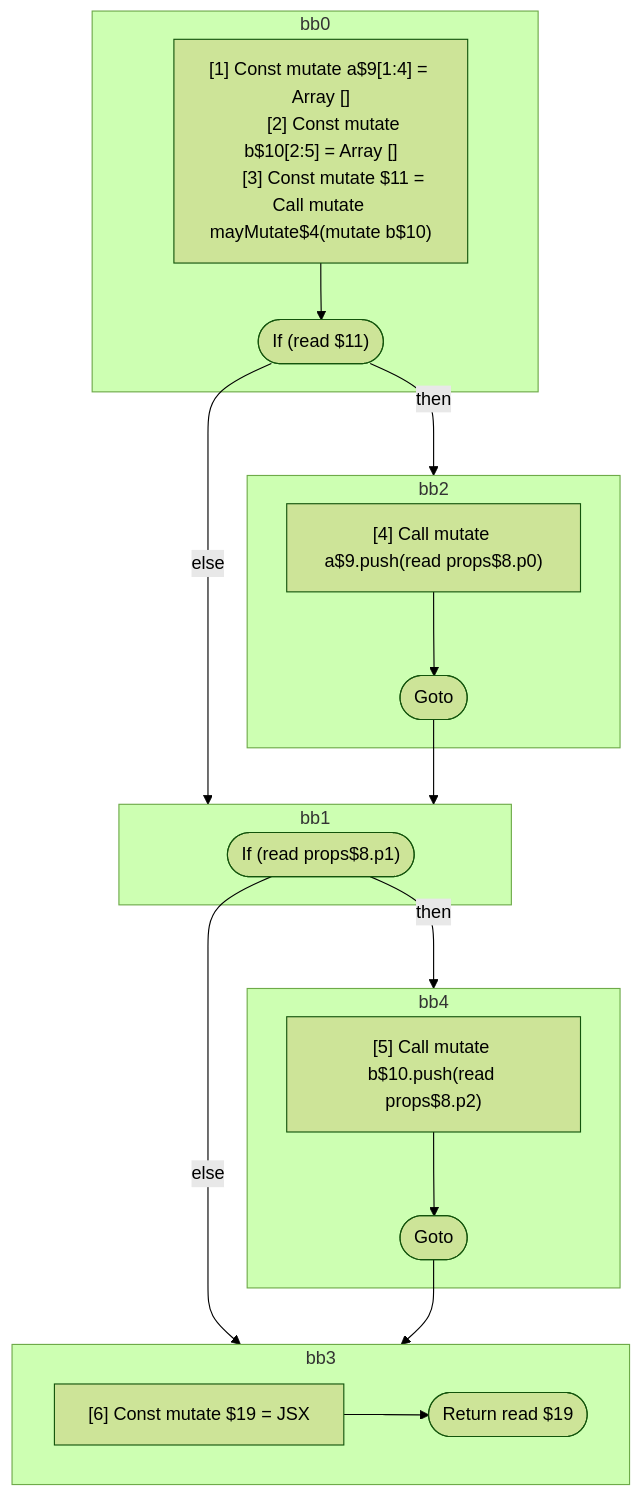
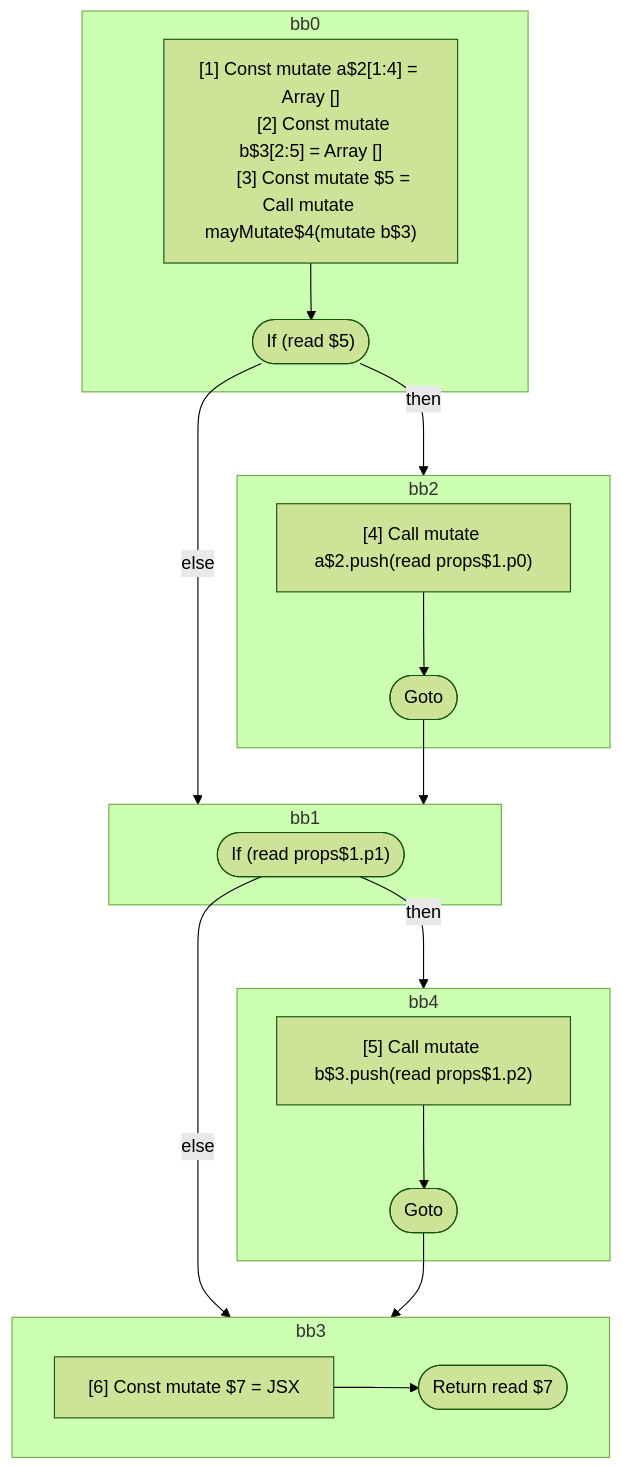
The second of 4 diagrams in compiler/forget/src/__tests__/fixtures/hir/conditional-on-mutable.expect.md (wutsmog/private), drawn with Mermaid (forest theme) before and after one commit. The commit also changed other lines of this file and 57 other files, not shown here.

````diff
--- a/compiler/forget/src/__tests__/fixtures/hir/conditional-on-mutable.expect.md
+++ b/compiler/forget/src/__tests__/fixtures/hir/conditional-on-mutable.expect.md
@@ -179,42 +179,42 @@
 ```mermaid
 flowchart TB
   %% Basic Blocks
   subgraph bb0
     bb0_instrs["
-      [1] Const mutate a$9[1:4] = Array []
-      [2] Const mutate b$10[2:5] = Array []
-      [3] Const mutate $11 = Call mutate mayMutate$4(mutate b$10)
+      [1] Const mutate a$2[1:4] = Array []
+      [2] Const mutate b$3[2:5] = Array []
+      [3] Const mutate $5 = Call mutate mayMutate$4(mutate b$3)
     "]
-    bb0_instrs --> bb0_terminal(["If (read $11)"])
+    bb0_instrs --> bb0_terminal(["If (read $5)"])
   end
   subgraph bb2
     bb2_instrs["
-      [4] Call mutate a$9.push(read props$8.p0)
+      [4] Call mutate a$2.push(read props$1.p0)
     "]
     bb2_instrs --> bb2_terminal(["Goto"])
   end
   subgraph bb1
-    bb1_terminal(["If (read props$8.p1)"])
+    bb1_terminal(["If (read props$1.p1)"])
   end
   subgraph bb4
     bb4_instrs["
-      [5] Call mutate b$10.push(read props$8.p2)
+      [5] Call mutate b$3.push(read props$1.p2)
     "]
     bb4_instrs --> bb4_terminal(["Goto"])
   end
   subgraph bb3
     bb3_instrs["
-      [6] Const mutate $19 = JSX <read Foo$6 a={freeze a$9} b={freeze b$10} ></read Foo$6>
+      [6] Const mutate $7 = JSX <read Foo$6 a={freeze a$2} b={freeze b$3} ></read Foo$6>
     "]
-    bb3_instrs --> bb3_terminal(["Return read $19"])
+    bb3_instrs --> bb3_terminal(["Return read $7"])
   end
 
   %% Jumps
   bb0_terminal -- then --> bb2
   bb0_terminal -- else --> bb1
   bb2_terminal --> bb1
   bb1_terminal -- then --> bb4
   bb1_terminal -- else --> bb3
   bb4_terminal --> bb3
 
 ```
````
